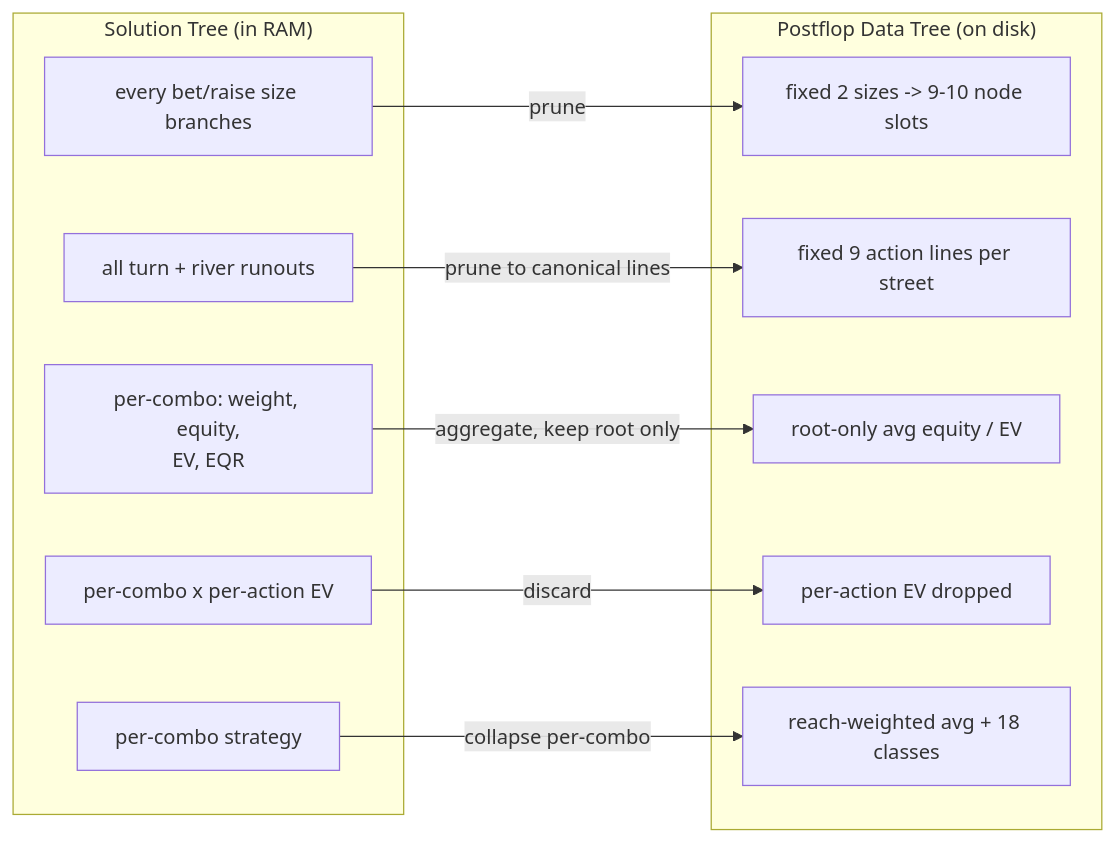
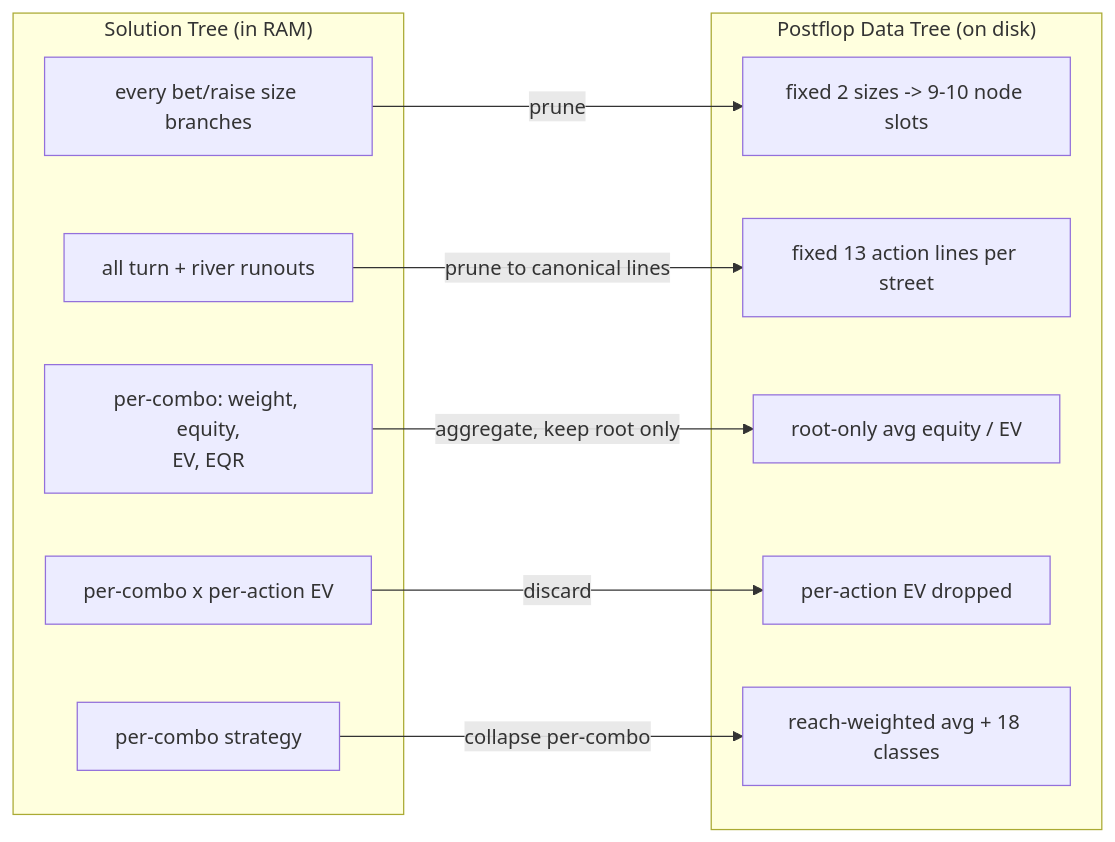
Before and after one commit to knlnguyen1802/test: the third of 3 diagrams in gtoterminal/TREES.md, drawn with Mermaid. The commit also changed other lines of this file and 11 other files, not shown here.

````diff
--- a/gtoterminal/TREES.md
+++ b/gtoterminal/TREES.md
@@ -150,24 +152,24 @@
 ```mermaid
 graph LR
     subgraph Solution["Solution Tree (in RAM)"]
         S1["every bet/raise size branches"]
         S2["all turn + river runouts"]
         S3["per-combo: weight, equity,\nEV, EQR"]
         S4["per-combo x per-action EV"]
         S5["per-combo strategy"]
     end
 
     subgraph Data["Postflop Data Tree (on disk)"]
         D1["fixed 2 sizes -> 9-10 node slots"]
-        D2["fixed 9 action lines per street"]
+        D2["fixed 13 action lines per street"]
         D3["root-only avg equity / EV"]
         D4["per-action EV dropped"]
         D5["reach-weighted avg + 18 classes"]
     end
 
     S1 -->|prune| D1
     S2 -->|prune to canonical lines| D2
     S3 -->|aggregate, keep root only| D3
     S4 -->|discard| D4
     S5 -->|collapse per-combo| D5
 ```
````
